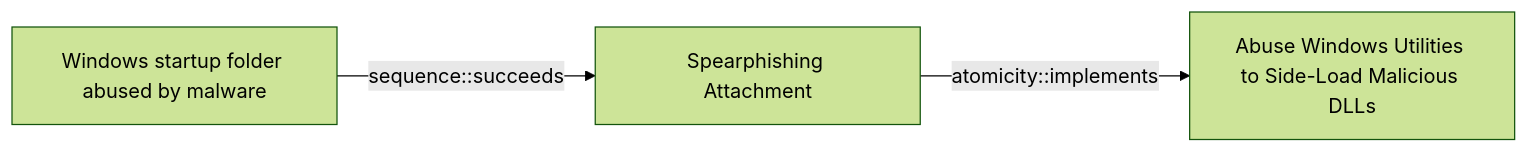
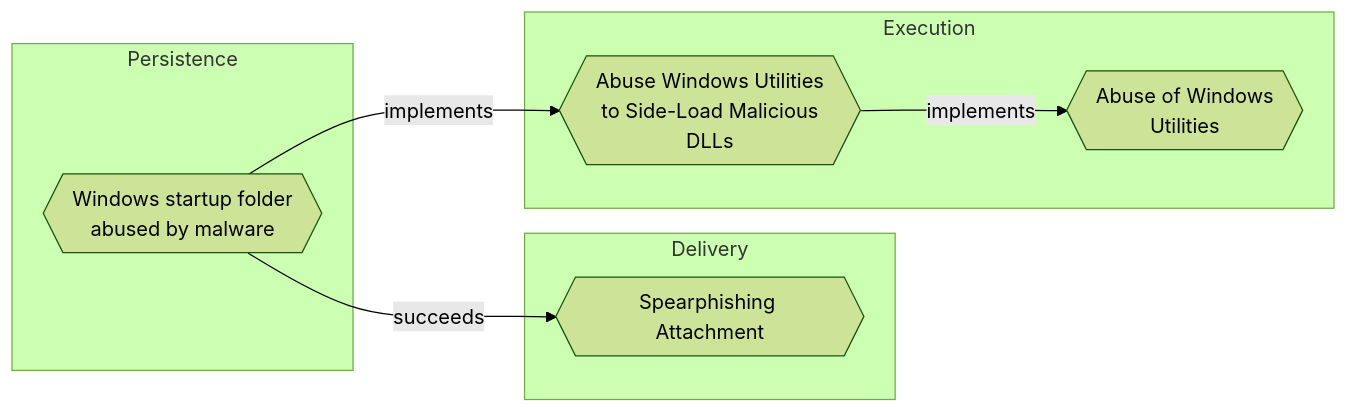
One commit to opentidehq/library changed the diagram in docs/threats/windows-startup-folder-abused-by-malware.md. Above: the diagram before and after it, drawn with Mermaid (forest theme). The commit also changed other lines of this file and 540 other files, not shown here.

````diff
--- a/docs/threats/windows-startup-folder-abused-by-malware.md
+++ b/docs/threats/windows-startup-folder-abused-by-malware.md
@@ -112,8 +121,16 @@
 ```mermaid
 flowchart LR
-cce22952_735a_4255_8319_e5e44aef9d85["Windows startup folder abused by malware"]
-dd5d942c_bac4_4000_b9a6_ca4fef6cfb84["Spearphishing Attachment"]
-86f62c3a_6556_4a64_a9f5_a79168ad42d9["Abuse Windows Utilities to Side-Load Malicious DLLs"]
-cce22952_735a_4255_8319_e5e44aef9d85 -->|sequence::succeeds| dd5d942c_bac4_4000_b9a6_ca4fef6cfb84
-dd5d942c_bac4_4000_b9a6_ca4fef6cfb84 -->|atomicity::implements| 86f62c3a_6556_4a64_a9f5_a79168ad42d9
+subgraph "Persistence"
+cce22952_735a_4255_8319_e5e44aef9d85{{"Windows startup folder<br>abused by malware"}}
+end
+subgraph "Delivery"
+dd5d942c_bac4_4000_b9a6_ca4fef6cfb84{{"Spearphishing Attachment"}}
+end
+subgraph "Execution"
+86f62c3a_6556_4a64_a9f5_a79168ad42d9{{"Abuse Windows Utilities<br>to Side-Load Malicious<br>DLLs"}}
+d5039f2c_9fcc_4ba3_ad6a_da8c891ba745{{"Abuse of Windows<br>Utilities"}}
+end
+cce22952_735a_4255_8319_e5e44aef9d85 -->|succeeds| dd5d942c_bac4_4000_b9a6_ca4fef6cfb84
+cce22952_735a_4255_8319_e5e44aef9d85 -->|implements| 86f62c3a_6556_4a64_a9f5_a79168ad42d9
+86f62c3a_6556_4a64_a9f5_a79168ad42d9 -->|implements| d5039f2c_9fcc_4ba3_ad6a_da8c891ba745
 ```
````
